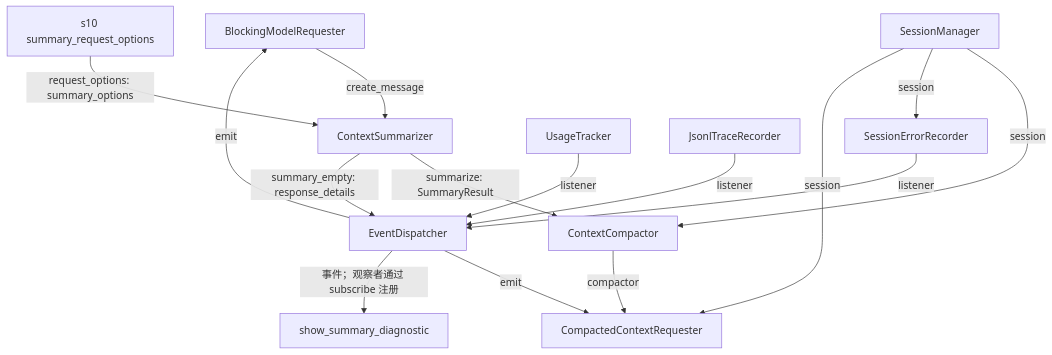
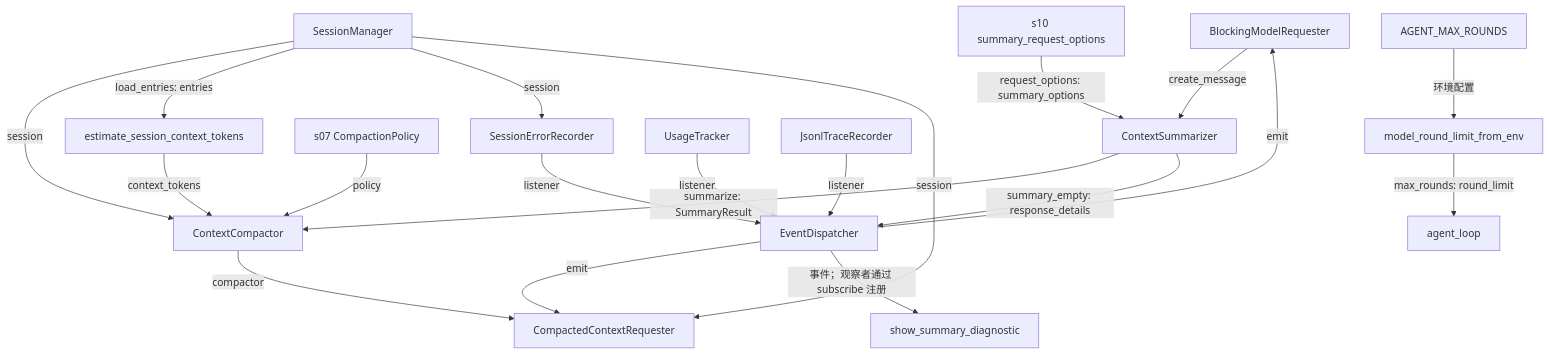
The second of 2 diagrams in s11_runtime_observability/README.md (liuying151203-create/zero2pi), drawn with Mermaid before and after one commit. The commit also changed other lines of this file and 24 other files, not shown here.

````diff
--- a/s11_runtime_observability/README.md
+++ b/s11_runtime_observability/README.md
@@ -59,17 +62,22 @@
 ```mermaid
 flowchart TB
     A[BlockingModelRequester] -->|create_message| B[ContextSummarizer]
     B -->|summarize: SummaryResult| C[ContextCompactor]
     D[SessionManager] -->|session| C
+    D -->|load_entries: entries| R[estimate_session_context_tokens]
+    R -->|context_tokens| C
+    S[s07 CompactionPolicy] -->|policy| C
     D -->|session| E[SessionErrorRecorder]
     D -->|session| F[CompactedContextRequester]
     C -->|compactor| F
     G[UsageTracker] -->|listener| H[EventDispatcher]
     E -->|listener| H
     I[JsonlTraceRecorder] -->|listener| H
     H -->|emit| A
     H -->|emit| F
     P[s10 summary_request_options] -->|request_options: summary_options| B
     B -->|summary_empty: response_details| H
     H -->|事件；观察者通过 subscribe 注册| Q[show_summary_diagnostic]
+    M[AGENT_MAX_ROUNDS] -->|环境配置| T[model_round_limit_from_env]
+    T -->|max_rounds: round_limit| V[agent_loop]
 ```
````
